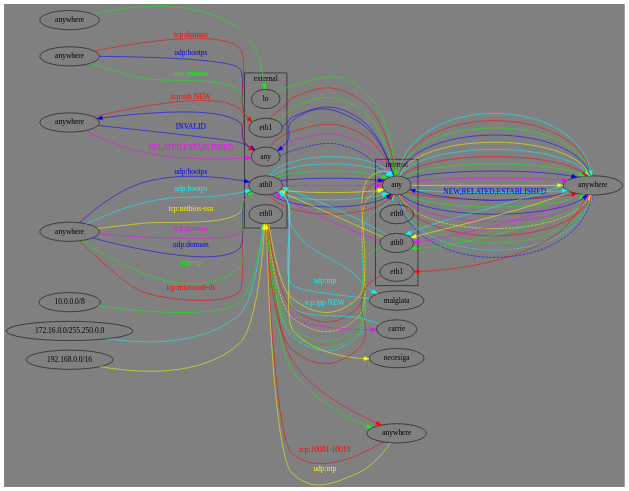
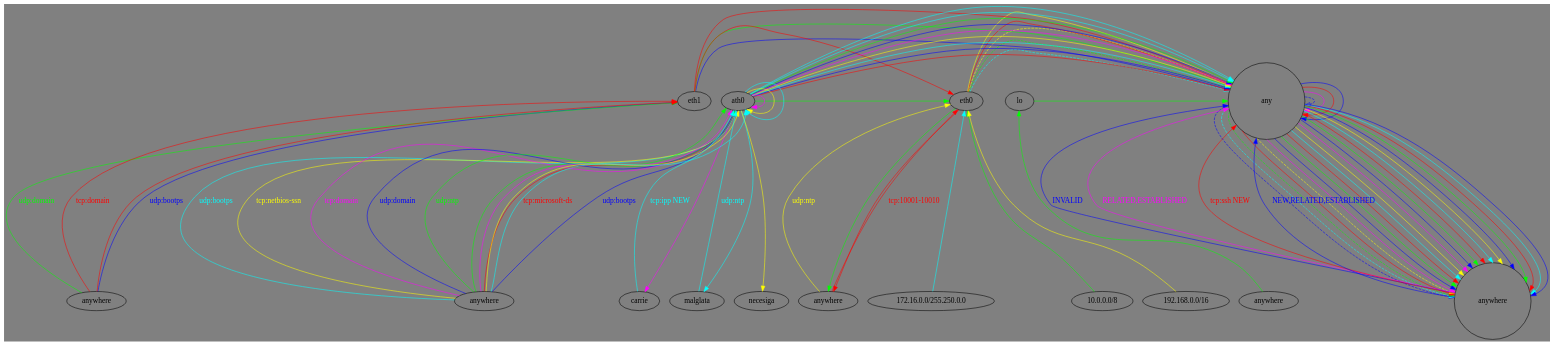
Before and after one commit to jekor/gressgraph: the diagram in example.dot, drawn with Graphviz. The commit also changed 2 other files, not shown here.

Commit message:
Switched to a radial layout upon realizing that it would be difficult to determine which direction packets are flowing in.
darcs-hash:20080229161005-0a35a-a37f36d6d393b34beabd71a695880ec4a1d375ba.gz

```diff
--- a/example.dot
+++ b/example.dot
@@ -1,145 +1,144 @@
 digraph firajawall {
-  graph [rankdir=LR bgcolor="#808080"]
+  graph [bgcolor="#808080" ranksep=3]
 
-  // Interfaces
-  subgraph clusterInInterfaces {
-    label="external"
-    style=solid color="#000000"
-    "iany" [label="any"]
-    "ieth0" [label="eth0"]
-    "ieth1" [label="eth1"]
-    "iath0" [label="ath0"]
-    "ilo" [label="lo"]
-  }
-  subgraph clusterOutInterfaces {
-    label="internal"
-    style=solid color="#000000"
-    "oany" [label="any"]
-    "oeth0" [label="eth0"]
-    "oeth1" [label="eth1"]
-    "oath0" [label="ath0"]
+  // Invisible root node
+  rootNode [root=true, style=invis]
+
+  { rank=same
+  "any" [label="any" height=2 width=2]
+  "eth0" [label="eth0"]
+  "eth1" [label="eth1"]
+  "ath0" [label="ath0"]
+  "lo" [label="lo"]
   }
 
+"any" -> rootNode [style=invis]
+"eth0" -> rootNode [style=invis]
+"eth1" -> rootNode [style=invis]
+"ath0" -> rootNode [style=invis]
+"lo" -> rootNode [style=invis]
+
+  { rank=same
   // Addresses
-  "iany_anywhere" [label="anywhere"]
-  "oany_anywhere" [label="anywhere"]
-  "iath0_anywhere" [label="anywhere"]
-  "ieth0_anywhere" [label="anywhere"]
-  "ieth1_anywhere" [label="anywhere"]
-  "ilo_anywhere" [label="anywhere"]
-  "ieth0_10.0.0.0/8" [label="10.0.0.0/8"]
-  "ieth0_172.16.0.0/255.250.0.0" [label="172.16.0.0/255.250.0.0"]
-  "ieth0_192.168.0.0/16" [label="192.168.0.0/16"]
-  "iath0_carrie" [label="carrie"]
-  "iath0_malglata" [label="malglata"]
-  "iath0_necesiga" [label="necesiga"]
+  "any_anywhere" [label="anywhere" height=2 width=2]
+  "ath0_anywhere" [label="anywhere"]
+  "eth0_anywhere" [label="anywhere"]
+  "eth1_anywhere" [label="anywhere"]
+  "lo_anywhere" [label="anywhere"]
+  "eth0_10.0.0.0/8" [label="10.0.0.0/8"]
+  "eth0_172.16.0.0/255.250.0.0" [label="172.16.0.0/255.250.0.0"]
+  "eth0_192.168.0.0/16" [label="192.168.0.0/16"]
+  "ath0_carrie" [label="carrie"]
+  "ath0_malglata" [label="malglata"]
+  "ath0_necesiga" [label="necesiga"]
+  }
 
   // Rules
   edge [color="#0000FF", fontcolor="#0000FF"]
-  "iany_anywhere" -> "iany" [label="INVALID"]
-  "iany" -> "oany" -> "oany_anywhere" [style=dashed fillcolor="#808080"]
+  "any_anywhere" -> "any" [label="INVALID"]
+  "any" -> "any" -> "any_anywhere" [style=dashed fillcolor="#808080"]
 
   edge [color="#00FFFF", fontcolor="#00FFFF"]
-  "ieth0_172.16.0.0/255.250.0.0" -> "ieth0"
-  "ieth0" -> "oany" -> "oany_anywhere" [style=dashed]
+  "eth0_172.16.0.0/255.250.0.0" -> "eth0"
+  "eth0" -> "any" -> "any_anywhere" [style=dashed]
   
   edge [color="#00FF00", fontcolor="#00FF00"]
-  "ieth0_10.0.0.0/8" -> "ieth0"
-  "ieth0" -> "oany" -> "oany_anywhere" [style=dashed]
+  "eth0_10.0.0.0/8" -> "eth0"
+  "eth0" -> "any" -> "any_anywhere" [style=dashed]
 
   edge [color="#FF0000", fontcolor="#FF0000"]
-  "iath0_anywhere" -> "iath0" [label="tcp:microsoft-ds"]
-  "iath0" -> "oany" -> "oany_anywhere"
+  "ath0_anywhere" -> "ath0" [label="tcp:microsoft-ds"]
+  "ath0" -> "any" -> "any_anywhere"
 
   edge [color="#FFFF00", fontcolor="#FFFF00"]
-  "ieth0_192.168.0.0/16" -> "ieth0"
-  "ieth0" -> "oany" -> "oany_anywhere" [style=dashed]
+  "eth0_192.168.0.0/16" -> "eth0"
+  "eth0" -> "any" -> "any_anywhere" [style=dashed]
 
   edge [color="#FF00FF", fontcolor="#FF00FF"]
-  "iany_anywhere" -> "iany" [label="RELATED,ESTABLISHED"]
-  "iany" -> "oany" -> "oany_anywhere"
+  "any_anywhere" -> "any" [label="RELATED,ESTABLISHED"]
+  "any" -> "any" -> "any_anywhere"
 
   edge [color="#0000FF", fontcolor="#0000FF"]
-  "iath0_anywhere" -> "iath0" [label="udp:bootps"]
-  "iath0" -> "oany" -> "oany_anywhere"
+  "ath0_anywhere" -> "ath0" [label="udp:bootps"]
+  "ath0" -> "any" -> "any_anywhere"
 
   edge [color="#00FF00", fontcolor="#00FF00"]
-  "ilo_anywhere" -> "ilo"
-  "ilo" -> "oany" -> "oany_anywhere"
+  "lo_anywhere" -> "lo"
+  "lo" -> "any" -> "any_anywhere"
 
   edge [color="#FF0000", fontcolor="#FF0000"]
-  "iany_anywhere" -> "iany" [label="tcp:ssh NEW"]
-  "iany" -> "oany" -> "oany_anywhere"
+  "any_anywhere" -> "any" [label="tcp:ssh NEW"]
+  "any" -> "any" -> "any_anywhere"
 
   edge [color="#00FFFF", fontcolor="#00FFFF"]
-  "iath0_anywhere" -> "iath0" [label="udp:bootps"]
-  "iath0" -> "oany" -> "oany_anywhere"
+  "ath0_anywhere" -> "ath0" [label="udp:bootps"]
+  "ath0" -> "any" -> "any_anywhere"
 
   edge [color="#FFFF00", fontcolor="#FFFF00"]
-  "iath0_anywhere" -> "iath0" [label="tcp:netbios-ssn"]
-  "iath0" -> "oany" -> "oany_anywhere"
+  "ath0_anywhere" -> "ath0" [label="tcp:netbios-ssn"]
+  "ath0" -> "any" -> "any_anywhere"
 
   edge [color="#FF00FF", fontcolor="#FF00FF"]
-  "iath0_anywhere" -> "iath0" [label="tcp:domain"]
-  "iath0" -> "oany" -> "oany_anywhere"
+  "ath0_anywhere" -> "ath0" [label="tcp:domain"]
+  "ath0" -> "any" -> "any_anywhere"
 
   edge [color="#0000FF", fontcolor="#0000FF"]
-  "iath0_anywhere" -> "iath0" [label="udp:domain"]
-  "iath0" -> "oany" -> "oany_anywhere"
+  "ath0_anywhere" -> "ath0" [label="udp:domain"]
+  "ath0" -> "any" -> "any_anywhere"
 
   edge [color="#00FF00", fontcolor="#00FF00"]
-  "iath0_anywhere" -> "iath0" [label="udp:ntp"]
-  "iath0" -> "oany" -> "oany_anywhere"
+  "ath0_anywhere" -> "ath0" [label="udp:ntp"]
+  "ath0" -> "any" -> "any_anywhere"
 
   edge [color="#FF0000", fontcolor="#FF0000"]
-  "ieth0_anywhere" -> "ieth0" [label="tcp:10001-10010"]
-  "ieth0" -> "oany" -> "oany_anywhere"
+  "eth0_anywhere" -> "eth0" [label="tcp:10001-10010"]
+  "eth0" -> "any" -> "any_anywhere"
 
   edge [color="#00FFFF", fontcolor="#00FFFF"]
-  "iath0_carrie" -> "iath0" [label="tcp:ipp NEW"]
-  "iath0" -> "oany" -> "oany_anywhere"
+  "ath0_carrie" -> "ath0" [label="tcp:ipp NEW"]
+  "ath0" -> "any" -> "any_anywhere"
 
   edge [color="#FFFF00", fontcolor="#FFFF00"]
-  "ieth0_anywhere" -> "ieth0" [label="udp:ntp"]
-  "ieth0" -> "oany" -> "oany_anywhere"
+  "eth0_anywhere" -> "eth0" [label="udp:ntp"]
+  "eth0" -> "any" -> "any_anywhere"
 
   edge [color="#0000FF", fontcolor="#0000FF"]
-  "ieth1_anywhere" -> "ieth1" [label="udp:bootps"]
-  "ieth1" -> "oany" -> "oany_anywhere"
+  "eth1_anywhere" -> "eth1" [label="udp:bootps"]
+  "eth1" -> "any" -> "any_anywhere"
 
   edge [color="#00FF00", fontcolor="#00FF00"]
-  "ieth1_anywhere" -> "ieth1" [label="udp:domain"]
-  "ieth1" -> "oany" -> "oany_anywhere"
+  "eth1_anywhere" -> "eth1" [label="udp:domain"]
+  "eth1" -> "any" -> "any_anywhere"
 
   edge [color="#FF0000", fontcolor="#FF0000"]
-  "ieth1_anywhere" -> "ieth1" [label="tcp:domain"]
-  "ieth1" -> "oany" -> "oany_anywhere"
+  "eth1_anywhere" -> "eth1" [label="tcp:domain"]
+  "eth1" -> "any" -> "any_anywhere"
 
   edge [color="#00FFFF", fontcolor="#00FFFF"]
-  "iath0_malglata" -> "iath0" [label="udp:ntp"]
-  "iath0" -> "oany" -> "oany_anywhere"
+  "ath0_malglata" -> "ath0" [label="udp:ntp"]
+  "ath0" -> "any" -> "any_anywhere"
 
   edge [color="#0000FF", fontcolor="#0000FF"]
-  "oany_anywhere" -> "oany" [label="NEW,RELATED,ESTABLISHED"]
-  "oany" -> "iany" -> "iany_anywhere"
+  "any_anywhere" -> "any" [label="NEW,RELATED,ESTABLISHED"]
+  "any" -> "any" -> "any_anywhere"
 
   edge [color="#00FF00", fontcolor="#00FF00"]
-  "oany_anywhere" -> "oath0"
-  "oath0" -> "ieth0" -> "ieth0_anywhere"
+  "ath0_anywhere" -> "ath0"
+  "ath0" -> "eth0" -> "eth0_anywhere"
 
   edge [color="#FF0000", fontcolor="#FF0000"]
-  "oany_anywhere" -> "oeth1"
-  "oeth1" -> "ieth0" -> "ieth0_anywhere"
+  "eth1_anywhere" -> "eth1"
+  "eth1" -> "eth0" -> "eth0_anywhere"
 
   edge [color="#FF00FF", fontcolor="#FF00FF"]
-  "oany_anywhere" -> "oath0"
-  "oath0" -> "iath0" -> "iath0_carrie"
+  "ath0_anywhere" -> "ath0"
+  "ath0" -> "ath0" -> "ath0_carrie"
 
   edge [color="#FFFF00", fontcolor="#FFFF00"]
-  "oany_anywhere" -> "oath0"
-  "oath0" -> "iath0" -> "iath0_necesiga"
+  "ath0_anywhere" -> "ath0"
+  "ath0" -> "ath0" -> "ath0_necesiga"
 
   edge [color="#00FFFF", fontcolor="#00FFFF"]
-  "oany_anywhere" -> "oath0"
-  "oath0" -> "iath0" -> "iath0_malglata"
+  "ath0_anywhere" -> "ath0"
+  "ath0" -> "ath0" -> "ath0_malglata"
 }
```
